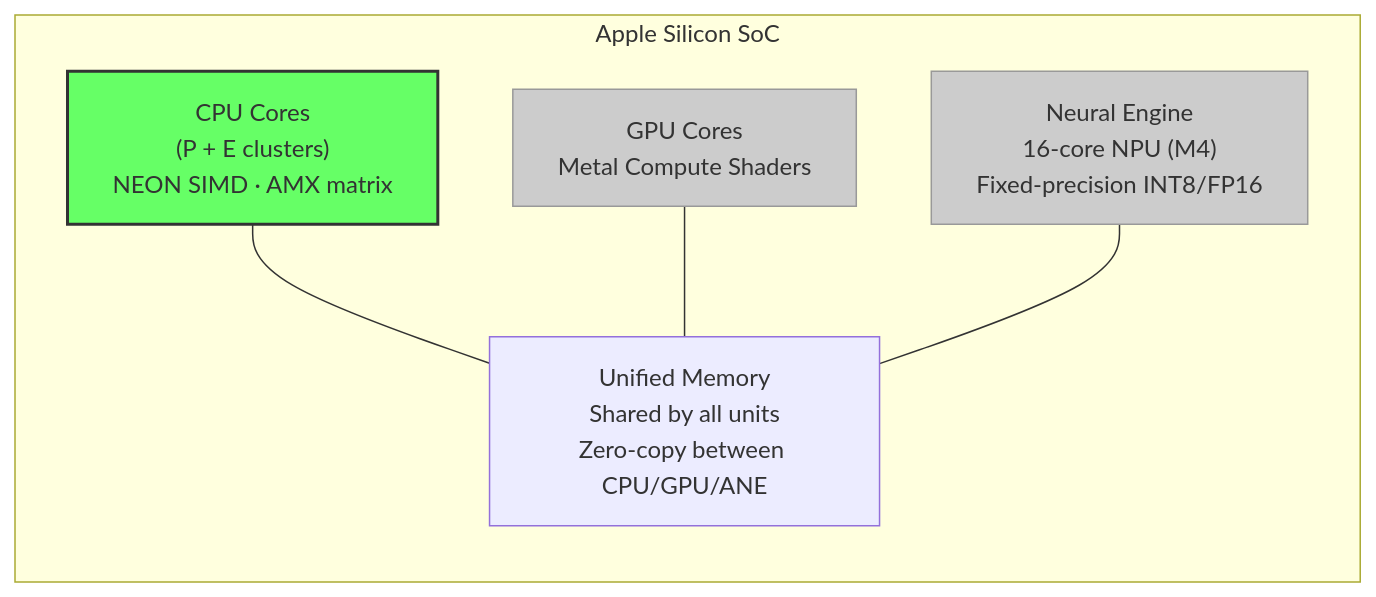
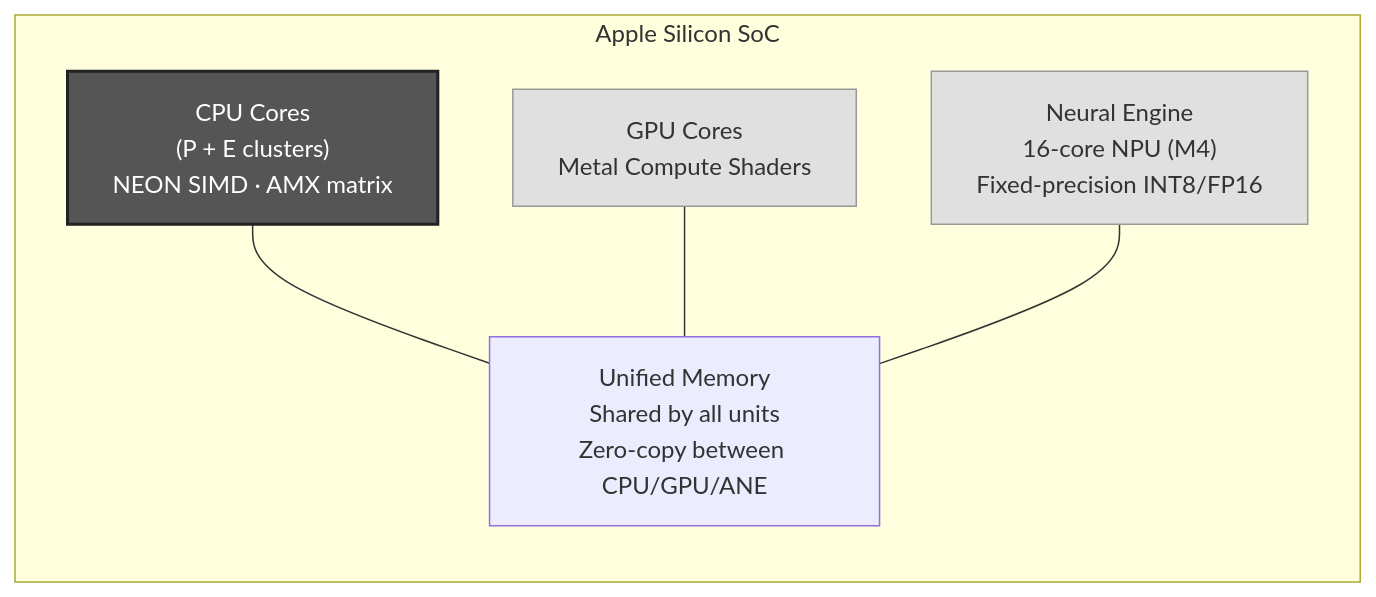
The first of 5 diagrams in docs/apple-silicon.md (Fulton-Engineering-Services/bge-m3-embedding-server), drawn with Mermaid before and after one commit. The commit also changed other lines of this file, not shown here.

Commit message:
docs(apple-silicon): replace diagram colors with grayscale palette

````diff
--- a/docs/apple-silicon.md
+++ b/docs/apple-silicon.md
@@ -15,19 +15,19 @@
 ```mermaid
 graph LR
     subgraph "Apple Silicon SoC"
         CPU["CPU Cores<br/>(P + E clusters)<br/>NEON SIMD · AMX matrix"]
         GPU["GPU Cores<br/>Metal Compute Shaders"]
         ANE["Neural Engine<br/>16-core NPU (M4)<br/>Fixed-precision INT8/FP16"]
         UMA["Unified Memory<br/>Shared by all units<br/>Zero-copy between CPU/GPU/ANE"]
     end
 
     CPU --- UMA
     GPU --- UMA
     ANE --- UMA
 
-    classDef active fill:#6f6,stroke:#333,stroke-width:2px
-    classDef idle fill:#ccc,stroke:#999,stroke-width:1px
+    classDef active fill:#555,stroke:#222,stroke-width:2px,color:#fff
+    classDef idle fill:#e0e0e0,stroke:#999,stroke-width:1px
 
     class CPU active
     class GPU,ANE idle
 ```
````
